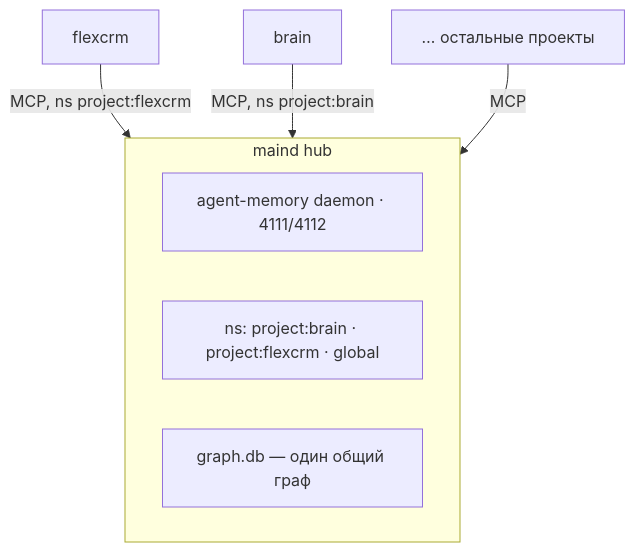
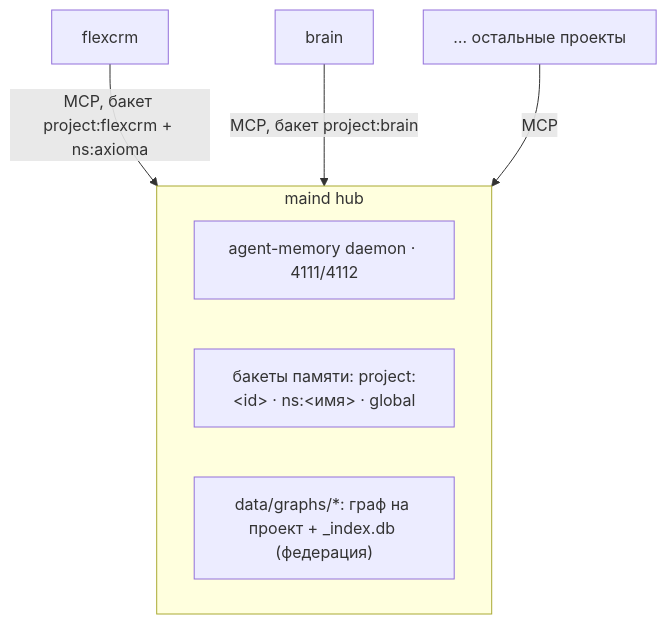
One commit to academici/swissknifeman changed the third of 6 diagrams in docs/ecosystem.md. Above: the diagram before and after it, drawn with Mermaid. The commit also changed other lines of this file and 21 other files, not shown here.

````diff
--- a/docs/ecosystem.md
+++ b/docs/ecosystem.md
@@ -69,11 +71,11 @@
 ```mermaid
 graph TD
   subgraph hub["maind hub"]
     D["agent-memory daemon · 4111/4112"]
-    NS["ns: project:brain · project:flexcrm · global"]
-    G["graph.db — один общий граф"]
+    NS["бакеты памяти: project:&lt;id&gt; · ns:&lt;имя&gt; · global"]
+    G["data/graphs/*: граф на проект + _index.db (федерация)"]
   end
-  flexcrm -->|MCP, ns project:flexcrm| hub
-  brain -->|MCP, ns project:brain| hub
+  flexcrm -->|MCP, бакет project:flexcrm + ns:axioma| hub
+  brain -->|MCP, бакет project:brain| hub
   others["… остальные проекты"] -->|MCP| hub
 ```
````
